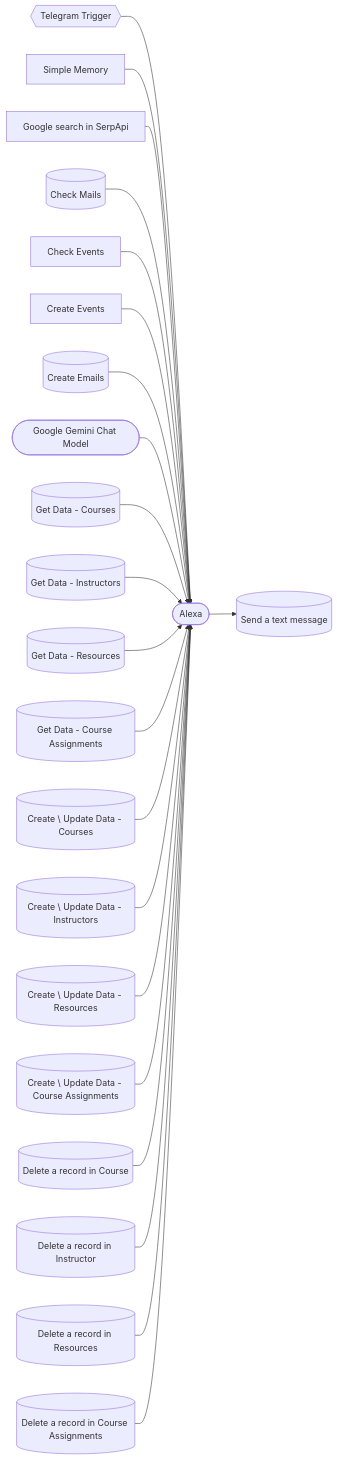
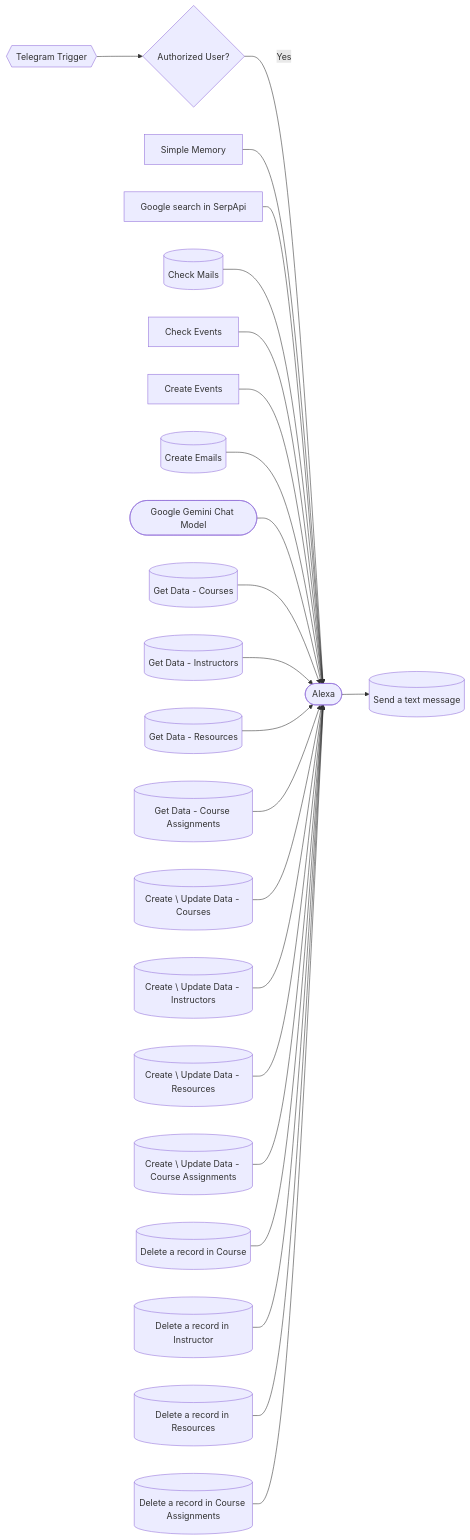
One commit to Omar-Ayman0/n8n-ai-automation-projects changed the second of 2 diagrams in alexa-assistant-v2/README.md. Above: the diagram before and after it, drawn with Mermaid. The commit also changed other lines of this file and 18 other files, not shown here.

````diff
--- a/alexa-assistant-v2/README.md
+++ b/alexa-assistant-v2/README.md
@@ -126,46 +136,48 @@
 ```mermaid
 flowchart LR
   N0{{"Telegram Trigger"}}
   N1(["Alexa"])
   N2["Simple Memory"]
   N3["Google search in SerpApi"]
   N4[("Check Mails")]
   N5[("Send a text message")]
   N6["Check Events"]
   N7["Create Events"]
   N8[("Create Emails")]
   N9(["Google Gemini Chat Model"])
   N10[("Get Data - Courses")]
   N11[("Get Data - Instructors")]
   N12[("Get Data - Resources")]
   N13[("Get Data - Course Assignments")]
   N14[("Create \ Update Data - Courses")]
   N15[("Create \ Update Data - Instructors")]
   N16[("Create \ Update Data - Resources")]
   N17[("Create \ Update Data - Course Assignments")]
   N18[("Delete a record in Course")]
   N19[("Delete a record in Instructor")]
   N20[("Delete a record in Resources")]
   N21[("Delete a record in Course Assignments")]
-  N0 --> N1
+  NA{"Authorized User?"}
+  N0 --> NA
+  NA -->|Yes| N1
   N1 --> N5
   N2 --> N1
   N3 --> N1
   N4 --> N1
   N6 --> N1
   N7 --> N1
   N8 --> N1
   N9 --> N1
   N10 --> N1
   N11 --> N1
   N12 --> N1
   N13 --> N1
   N14 --> N1
   N15 --> N1
   N16 --> N1
   N17 --> N1
   N18 --> N1
   N19 --> N1
   N20 --> N1
   N21 --> N1
 ```
````
